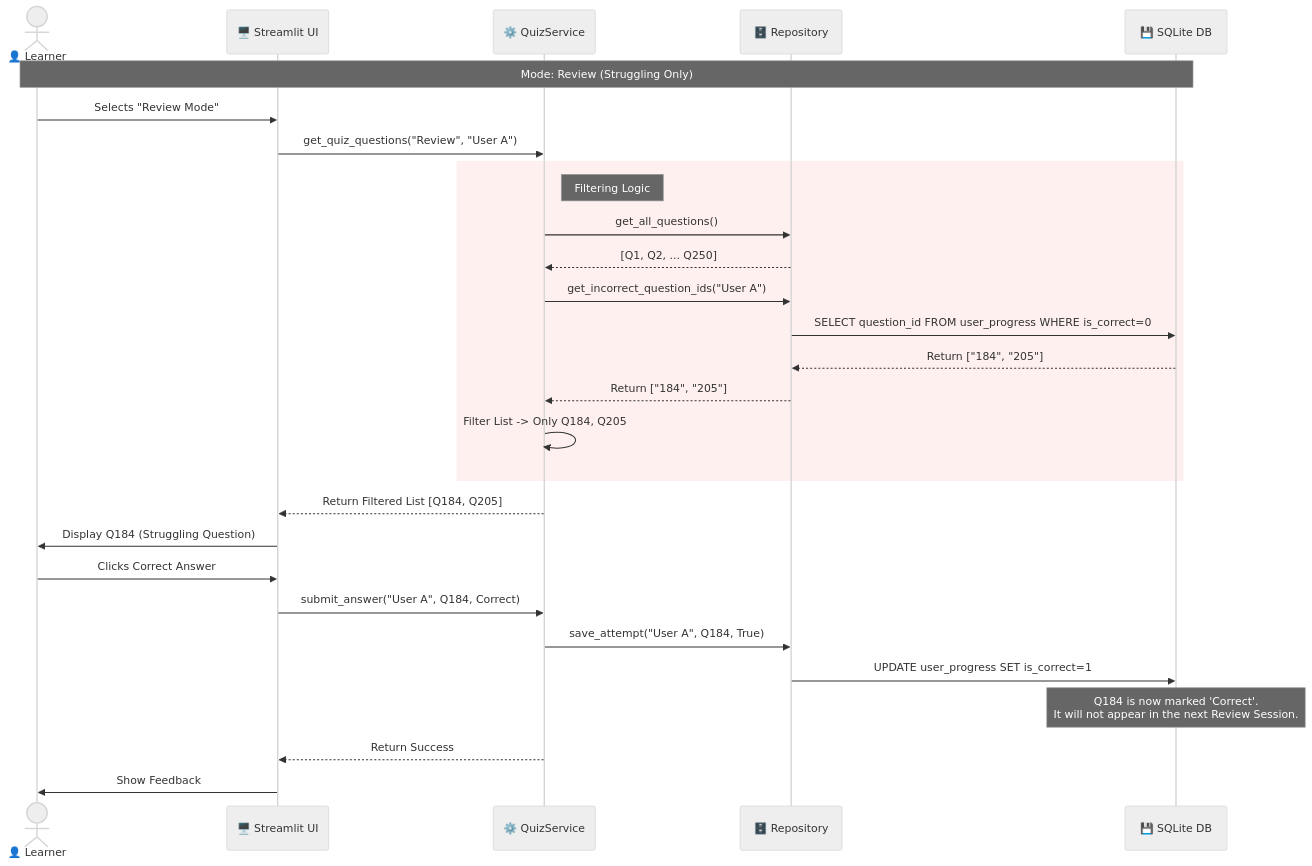
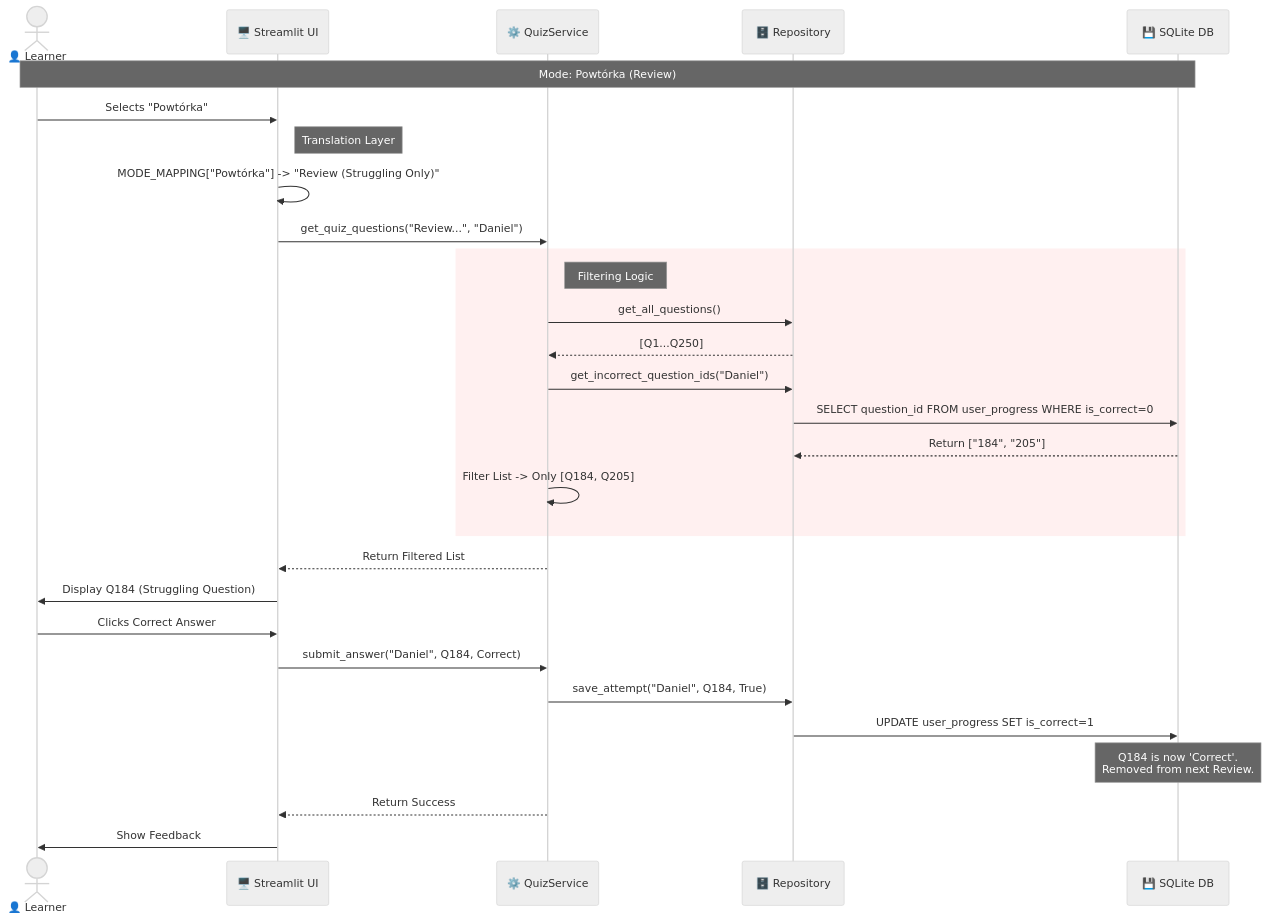
Before and after one commit to m1981/forklift-quiz: the third of 4 diagrams in doc/diagrams.md, drawn with Mermaid (neutral theme). The commit also changed other lines of this file and 6 other files, not shown here.

````diff
--- a/doc/diagrams.md
+++ b/doc/diagrams.md
@@ -77,41 +99,43 @@
 ```mermaid
 sequenceDiagram
     actor User as 👤 Learner
     participant App as 🖥️ Streamlit UI
     participant Service as ⚙️ QuizService
     participant Repo as 🗄️ Repository
     participant DB as 💾 SQLite DB
 
-    Note over User, DB: Mode: Review (Struggling Only)
+    Note over User, DB: Mode: Powtórka (Review)
 
-    User->>App: Selects "Review Mode"
-    App->>Service: get_quiz_questions("Review", "User A")
+    User->>App: Selects "Powtórka"
+    
+    Note right of App: Translation Layer
+    App->>App: MODE_MAPPING["Powtórka"] -> "Review (Struggling Only)"
+    
+    App->>Service: get_quiz_questions("Review...", "Daniel")
     
     rect rgb(255, 240, 240)
         Note right of Service: Filtering Logic
         Service->>Repo: get_all_questions()
-        Repo-->>Service: [Q1, Q2, ... Q250]
+        Repo-->>Service: [Q1...Q250]
         
-        Service->>Repo: get_incorrect_question_ids("User A")
+        Service->>Repo: get_incorrect_question_ids("Daniel")
         Repo->>DB: SELECT question_id FROM user_progress WHERE is_correct=0
         DB-->>Repo: Return ["184", "205"]
-        Repo-->>Service: Return ["184", "205"]
         
-        Service->>Service: Filter List -> Only Q184, Q205
+        Service->>Service: Filter List -> Only [Q184, Q205]
     end
     
-    Service-->>App: Return Filtered List [Q184, Q205]
+    Service-->>App: Return Filtered List
     
     App->>User: Display Q184 (Struggling Question)
     
     User->>App: Clicks Correct Answer
-    App->>Service: submit_answer("User A", Q184, Correct)
-    Service->>Repo: save_attempt("User A", Q184, True)
+    App->>Service: submit_answer("Daniel", Q184, Correct)
+    Service->>Repo: save_attempt("Daniel", Q184, True)
     Repo->>DB: UPDATE user_progress SET is_correct=1
     
-    Note over DB: Q184 is now marked 'Correct'.<br/>It will not appear in the next Review Session.
+    Note over DB: Q184 is now 'Correct'.<br/>Removed from next Review.
     
     Service-->>App: Return Success
     App->>User: Show Feedback
-
 ```
````
